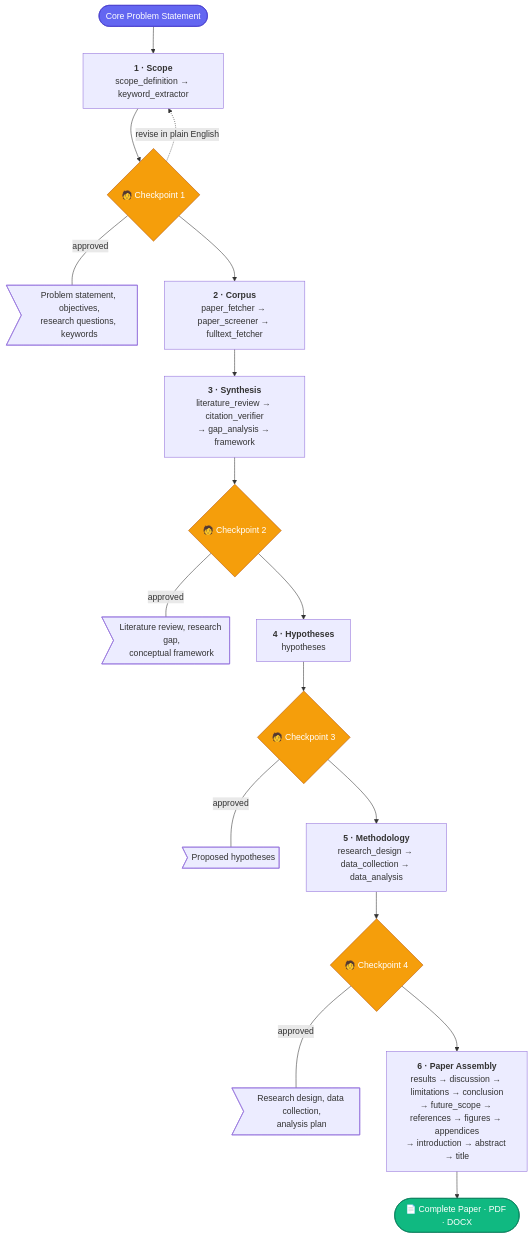
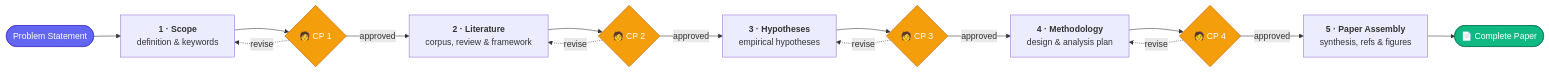
Before and after one commit to Aryan-Pardeshi/DeepResearch_AI: the third of 4 diagrams in README.md, drawn with Mermaid.

Commit message:
docs: make Research Mode pipeline diagram compact and horizontal

````diff
--- a/README.md
+++ b/README.md
@@ -110,30 +110,24 @@
 ```mermaid
-flowchart TB
-    START(["Core Problem Statement"]) --> SCOPE["<b>1 · Scope</b><br/>scope_definition → keyword_extractor"]
-    SCOPE --> CP1{"🧑 Checkpoint 1"}
-    CP1 -.->|"revise in plain English"| SCOPE
-    CP1 ---|"approved"| N1>"Problem statement, objectives,<br/>research questions, keywords"]
-
-    CP1 --> CORPUS["<b>2 · Corpus</b><br/>paper_fetcher → paper_screener → fulltext_fetcher"]
-    CORPUS --> SYNTH["<b>3 · Synthesis</b><br/>literature_review → citation_verifier<br/>→ gap_analysis → framework"]
-    SYNTH --> CP2{"🧑 Checkpoint 2"}
-    CP2 ---|"approved"| N2>"Literature review, research gap,<br/>conceptual framework"]
-
-    CP2 --> HYP["<b>4 · Hypotheses</b><br/>hypotheses"]
-    HYP --> CP3{"🧑 Checkpoint 3"}
-    CP3 ---|"approved"| N3>"Proposed hypotheses"]
-
-    CP3 --> METH["<b>5 · Methodology</b><br/>research_design → data_collection → data_analysis"]
-    METH --> CP4{"🧑 Checkpoint 4"}
-    CP4 ---|"approved"| N4>"Research design, data collection,<br/>analysis plan"]
-
-    CP4 --> WRITE["<b>6 · Paper Assembly</b><br/>results → discussion → limitations → conclusion<br/>→ future_scope → references → figures → appendices<br/>→ introduction → abstract → title"]
-    WRITE --> DONE(["📄 Complete Paper · PDF · DOCX"])
+flowchart LR
+    START(["Problem Statement"]) --> SCOPE["<b>1 · Scope</b><br/>definition & keywords"]
+    SCOPE --> CP1{"🧑 CP 1"}
+    CP1 -.->|"revise"| SCOPE
+    CP1 -->|"approved"| CORPUS["<b>2 · Literature</b><br/>corpus, review & framework"]
+    CORPUS --> CP2{"🧑 CP 2"}
+    CP2 -.->|"revise"| CORPUS
+    CP2 -->|"approved"| HYP["<b>3 · Hypotheses</b><br/>empirical hypotheses"]
+    HYP --> CP3{"🧑 CP 3"}
+    CP3 -.->|"revise"| HYP
+    CP3 -->|"approved"| METH["<b>4 · Methodology</b><br/>design & analysis plan"]
+    METH --> CP4{"🧑 CP 4"}
+    CP4 -.->|"revise"| METH
+    CP4 -->|"approved"| WRITE["<b>5 · Paper Assembly</b><br/>synthesis, refs & figures"]
+    WRITE --> DONE(["📄 Complete Paper"])
 
     style START fill:#6366f1,stroke:#4338ca,color:#fff
     style CP1 fill:#f59e0b,stroke:#b45309,color:#fff
     style CP2 fill:#f59e0b,stroke:#b45309,color:#fff
     style CP3 fill:#f59e0b,stroke:#b45309,color:#fff
     style CP4 fill:#f59e0b,stroke:#b45309,color:#fff
     style DONE fill:#10b981,stroke:#047857,color:#fff
 ```
````
